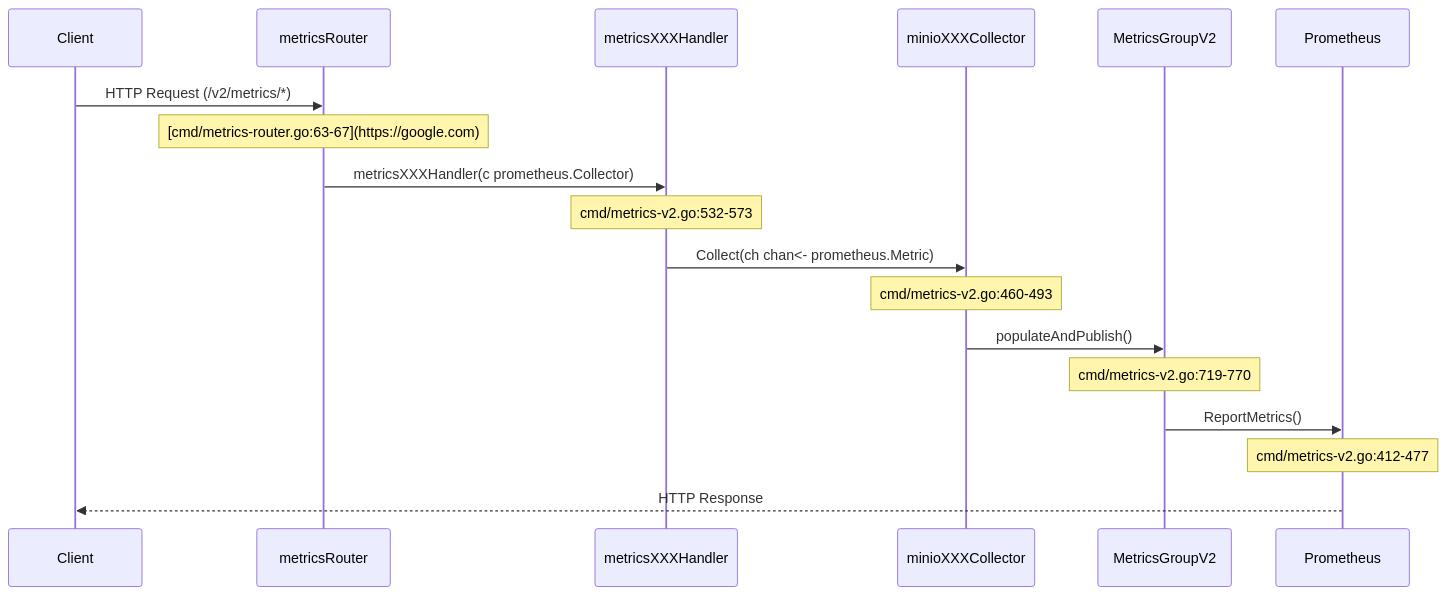
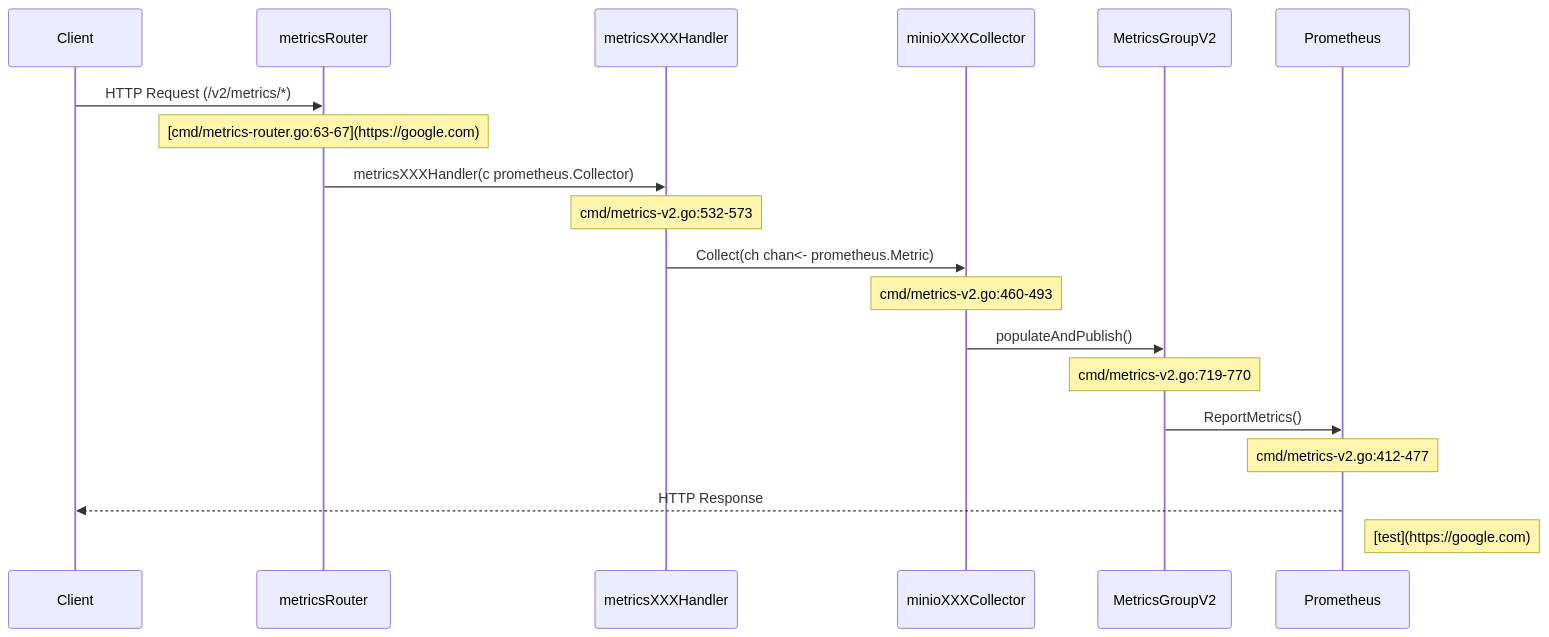
One commit to cquark/Minio_Code_Analysis changed the diagram in temp/seq_test.md. Above: the diagram before and after it, drawn with Mermaid.

````diff
--- a/temp/seq_test.md
+++ b/temp/seq_test.md
@@ -2,26 +2,27 @@
 ```mermaid
 sequenceDiagram
     participant Client
     participant Router as metricsRouter
     participant Handler as metricsXXXHandler
     participant Collector as minioXXXCollector
     participant Metrics as MetricsGroupV2
     participant Prometheus
 
     Client->>Router: HTTP Request (/v2/metrics/*)
     Note over Router: [cmd/metrics-router.go:63-67](https://google.com)
     
     Router->>Handler: metricsXXXHandler(c prometheus.Collector)
     Note over Handler: cmd/metrics-v2.go:532-573
     
     Handler->>Collector: Collect(ch chan<- prometheus.Metric)
     Note over Collector: cmd/metrics-v2.go:460-493
     
     Collector->>Metrics: populateAndPublish()
     Note over Metrics: cmd/metrics-v2.go:719-770
     
     Metrics->>Prometheus: ReportMetrics()
     Note over Prometheus: cmd/metrics-v2.go:412-477
     
     Prometheus-->>Client: HTTP Response
+    Note right of Prometheus: [test](https://google.com)
 ```
````
